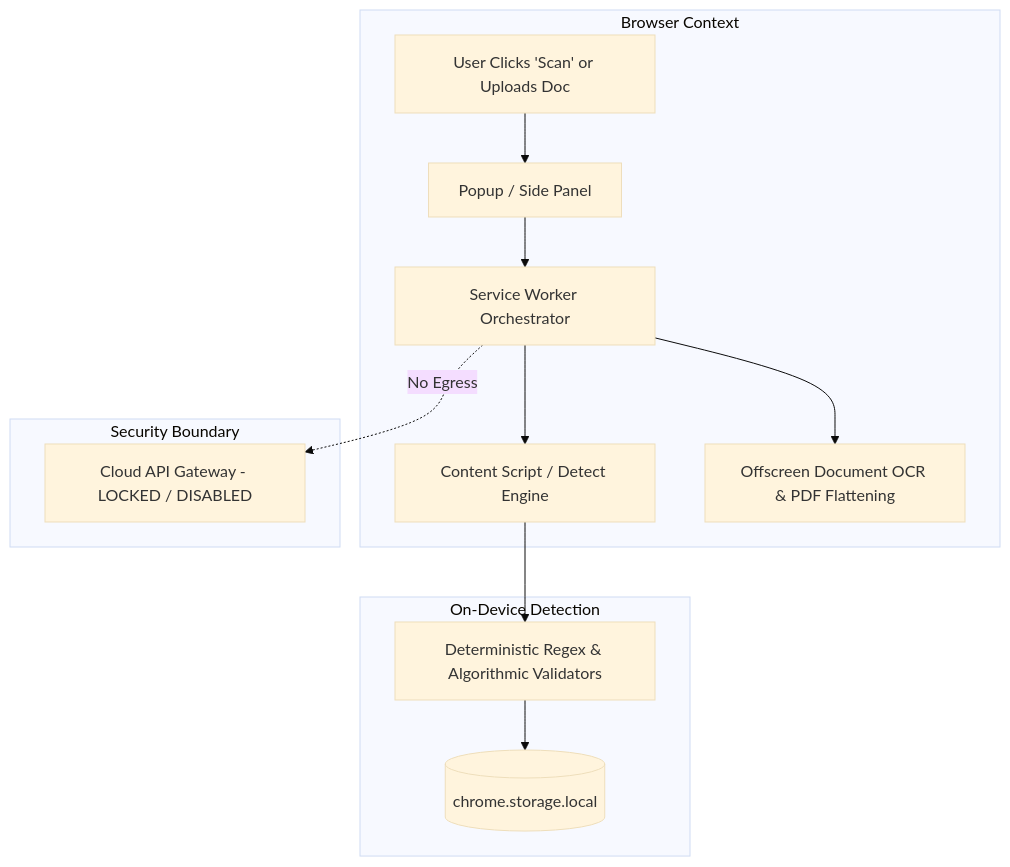
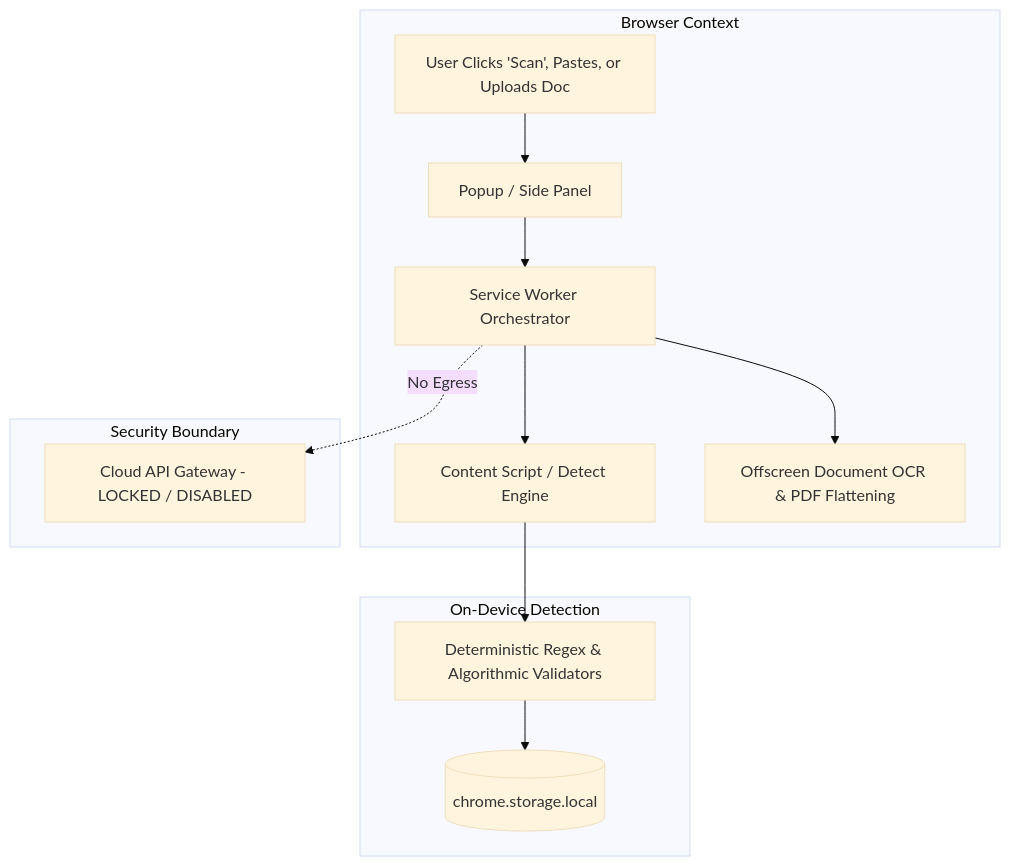
Before and after one commit to ACR-LOGIC/governworld-chrome-extension: the first of 2 diagrams in README.md, drawn with Mermaid (base theme). The commit also changed other lines of this file, not shown here.

````diff
--- a/README.md
+++ b/README.md
@@ -59,20 +200,20 @@
 ```mermaid
 flowchart TD
     subgraph Browser Context
-        UserAction[User Clicks 'Scan' or Uploads Doc] --> UI[Popup / Side Panel]
+        UserAction[User Clicks 'Scan', Pastes, or Uploads Doc] --> UI[Popup / Side Panel]
         UI --> SW[Service Worker Orchestrator]
         SW --> ContentScript[Content Script / Detect Engine]
         SW --> Offscreen[Offscreen Document OCR & PDF Flattening]
     end
 
     subgraph On-Device Detection
         ContentScript --> RuleEngine[Deterministic Regex & Algorithmic Validators]
         RuleEngine --> LocalStore[(chrome.storage.local)]
     end
 
     subgraph Security Boundary
         CloudGate[Cloud API Gateway - LOCKED / DISABLED]
     end
 
     SW -.->|No Egress| CloudGate
 ```
````
